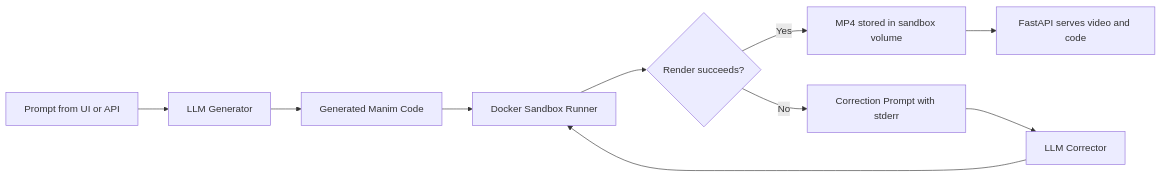
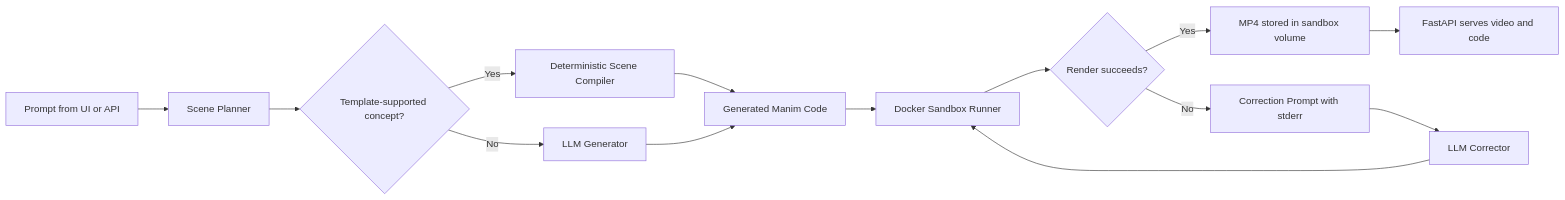
The diagram in README.md (shreyas-shrestha/mathii), drawn with Mermaid before and after one commit. The commit also changed other lines of this file and 7 other files, not shown here.

````diff
--- a/README.md
+++ b/README.md
@@ -14,12 +14,16 @@
 ```mermaid
 flowchart LR
-    A["Prompt from UI or API"] --> B["LLM Generator"]
-    B --> C["Generated Manim Code"]
-    C --> D["Docker Sandbox Runner"]
-    D --> E{"Render succeeds?"}
-    E -- Yes --> F["MP4 stored in sandbox volume"]
-    E -- No --> G["Correction Prompt with stderr"]
-    G --> H["LLM Corrector"]
-    H --> D
-    F --> I["FastAPI serves video and code"]
+    A["Prompt from UI or API"] --> B["Scene Planner"]
+    B --> C{"Template-supported concept?"}
+    C -- Yes --> D["Deterministic Scene Compiler"]
+    C -- No --> E["LLM Generator"]
+    D --> F["Generated Manim Code"]
+    E --> F
+    F --> G["Docker Sandbox Runner"]
+    G --> H{"Render succeeds?"}
+    H -- Yes --> I["MP4 stored in sandbox volume"]
+    H -- No --> J["Correction Prompt with stderr"]
+    J --> K["LLM Corrector"]
+    K --> G
+    I --> L["FastAPI serves video and code"]
 ```
````
